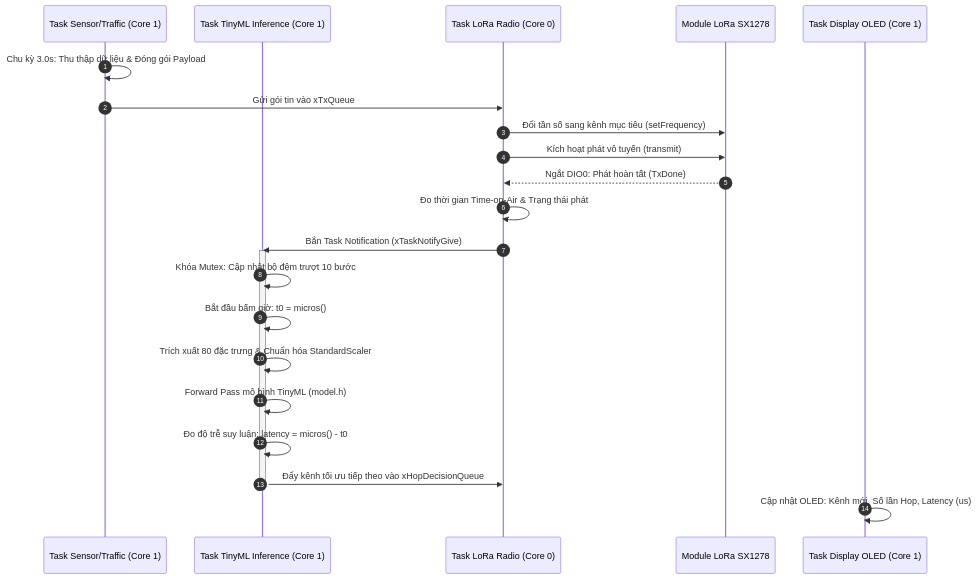
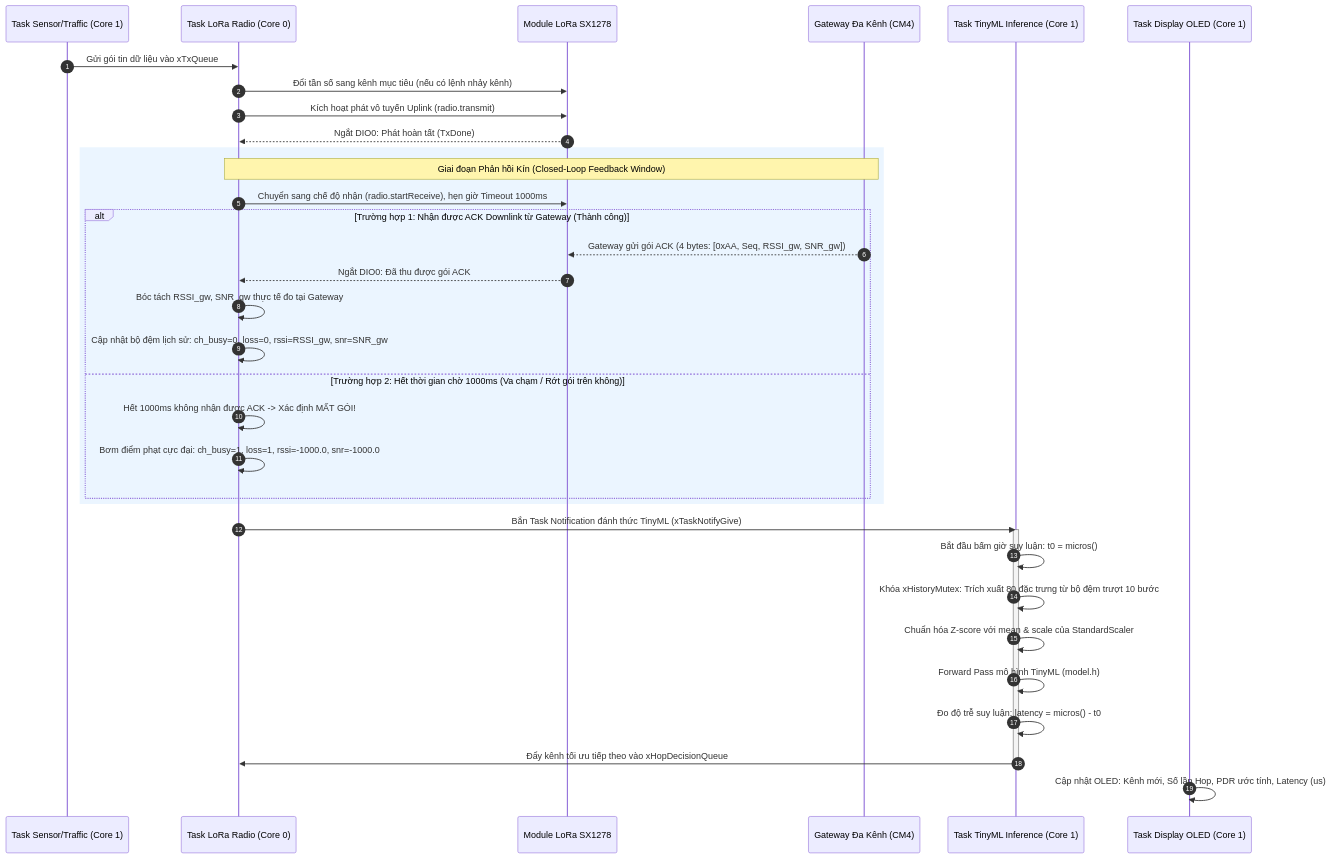
Before and after one commit to Brauuwu/LoRa_TinyML_Hopping: the third of 4 diagrams in docs/KIEN_TRUC_FREERTOS_FIRMWARE.md, drawn with Mermaid. The commit also changed other lines of this file and 2 other files, not shown here.

Commit message:
docs: add closed-loop feedback, ACK downlink, and timeout collision detection details

````diff
--- a/docs/KIEN_TRUC_FREERTOS_FIRMWARE.md
+++ b/docs/KIEN_TRUC_FREERTOS_FIRMWARE.md
@@ -79,26 +79,40 @@
 ```mermaid
 sequenceDiagram
     autonumber
     participant App as Task Sensor/Traffic (Core 1)
-    participant ML as Task TinyML Inference (Core 1)
     participant Radio as Task LoRa Radio (Core 0)
     participant HW as Module LoRa SX1278
+    participant GW as Gateway Đa Kênh (CM4)
+    participant ML as Task TinyML Inference (Core 1)
     participant UI as Task Display OLED (Core 1)
 
-    App->>App: Chu kỳ 3.0s: Thu thập dữ liệu & Đóng gói Payload
-    App->>Radio: Gửi gói tin vào xTxQueue
-    Radio->>HW: Đổi tần số sang kênh mục tiêu (setFrequency)
-    Radio->>HW: Kích hoạt phát vô tuyến (transmit)
+    App->>Radio: Gửi gói tin dữ liệu vào xTxQueue
+    Radio->>HW: Đổi tần số sang kênh mục tiêu (nếu có lệnh nhảy kênh)
+    Radio->>HW: Kích hoạt phát vô tuyến Uplink (radio.transmit)
     HW-->>Radio: Ngắt DIO0: Phát hoàn tất (TxDone)
-    Radio->>Radio: Đo thời gian Time-on-Air & Trạng thái phát
-    Radio->>ML: Bắn Task Notification (xTaskNotifyGive)
+    
+    rect rgb(235, 245, 255)
+    Note over Radio, GW: Giai đoạn Phản hồi Kín (Closed-Loop Feedback Window)
+    Radio->>HW: Chuyển sang chế độ nhận (radio.startReceive), hẹn giờ Timeout 1000ms
+    alt Trường hợp 1: Nhận được ACK Downlink từ Gateway (Thành công)
+        GW-->>HW: Gateway gửi gói ACK (4 bytes: [0xAA, Seq, RSSI_gw, SNR_gw])
+        HW-->>Radio: Ngắt DIO0: Đã thu được gói ACK
+        Radio->>Radio: Bóc tách RSSI_gw, SNR_gw thực tế đo tại Gateway
+        Radio->>Radio: Cập nhật bộ đệm lịch sử: ch_busy=0, loss=0, rssi=RSSI_gw, snr=SNR_gw
+    else Trường hợp 2: Hết thời gian chờ 1000ms (Va chạm / Rớt gói trên không)
+        Radio->>Radio: Hết 1000ms không nhận được ACK -> Xác định MẤT GÓI!
+        Radio->>Radio: Bơm điểm phạt cực đại: ch_busy=1, loss=1, rssi=-1000.0, snr=-1000.0
+    end
+    end
+
+    Radio->>ML: Bắn Task Notification đánh thức TinyML (xTaskNotifyGive)
     activate ML
-    ML->>ML: Khóa Mutex: Cập nhật bộ đệm trượt 10 bước
-    ML->>ML: Bắt đầu bấm giờ: t0 = micros()
-    ML->>ML: Trích xuất 80 đặc trưng & Chuẩn hóa StandardScaler
+    ML->>ML: Bắt đầu bấm giờ suy luận: t0 = micros()
+    ML->>ML: Khóa xHistoryMutex: Trích xuất 80 đặc trưng từ bộ đệm trượt 10 bước
+    ML->>ML: Chuẩn hóa Z-score với mean & scale của StandardScaler
     ML->>ML: Forward Pass mô hình TinyML (model.h)
     ML->>ML: Đo độ trễ suy luận: latency = micros() - t0
     ML->>Radio: Đẩy kênh tối ưu tiếp theo vào xHopDecisionQueue
     deactivate ML
-    UI->>UI: Cập nhật OLED: Kênh mới, Số lần Hop, Latency (us)
+    UI->>UI: Cập nhật OLED: Kênh mới, Số lần Hop, PDR ước tính, Latency (us)
 ```
````
